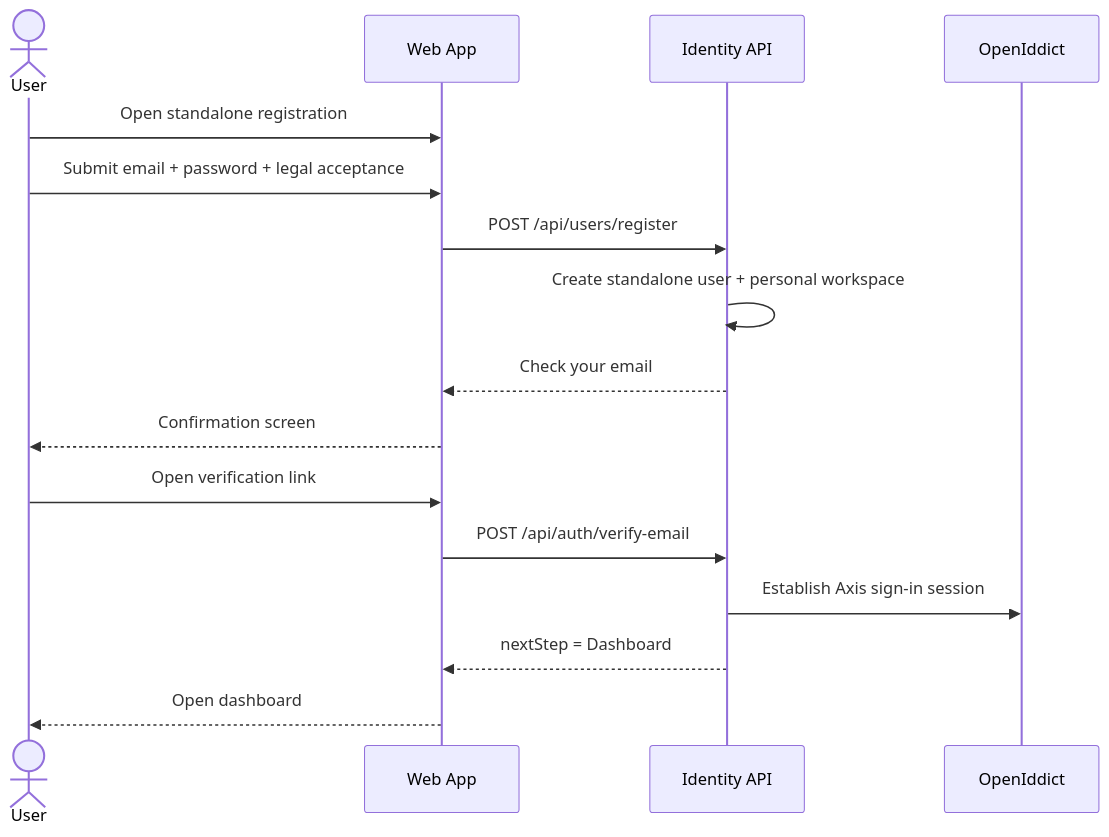
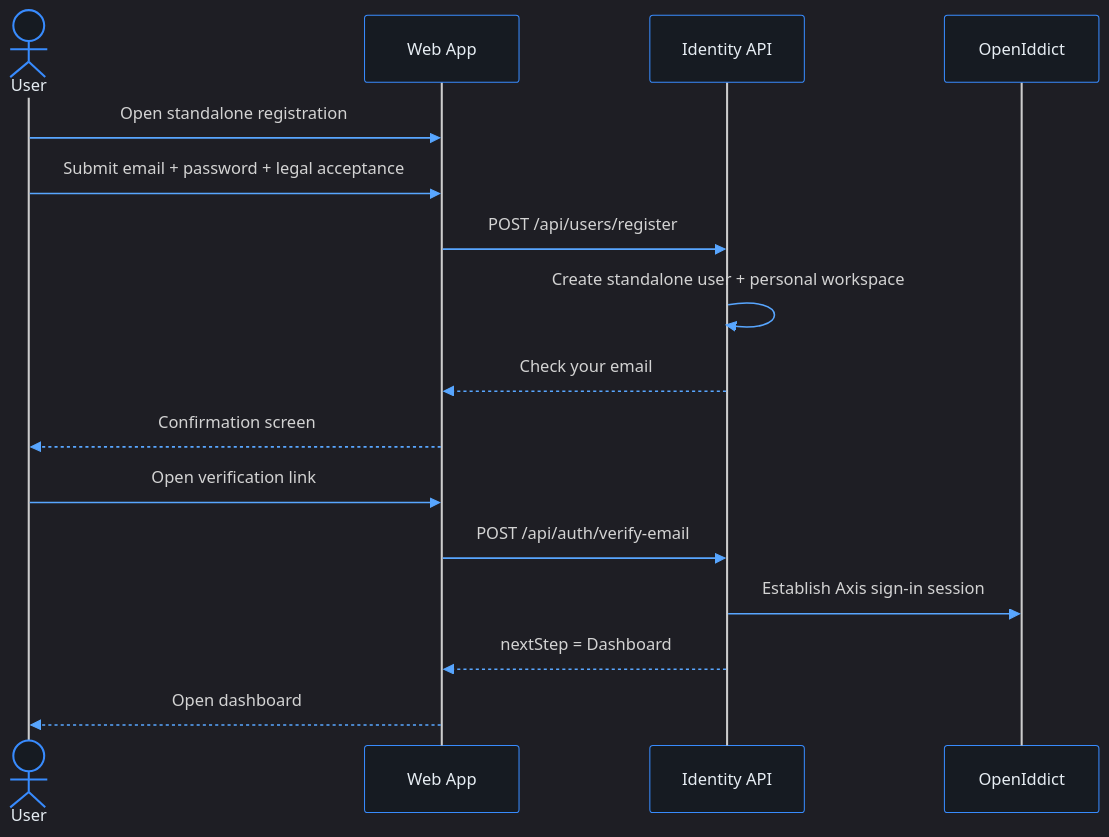
The diagram in docs/use-cases/identity-access/register-user/README.md (phuongnse/axis), drawn with Mermaid before and after one commit. The commit also changed 103 other files, not shown here.

````diff
--- a/docs/use-cases/identity-access/register-user/README.md
+++ b/docs/use-cases/identity-access/register-user/README.md
@@ -83,19 +83,20 @@
 ```mermaid
+%%{init: {'theme':'dark','themeVariables':{'background':'#0d1117','mainBkg':'#0d1117','primaryColor':'#161b22','primaryBorderColor':'#388bfd','primaryTextColor':'#e6edf3','secondaryColor':'#21262d','secondaryBorderColor':'#388bfd','secondaryTextColor':'#e6edf3','tertiaryColor':'#161b22','tertiaryTextColor':'#e6edf3','lineColor':'#58a6ff','textColor':'#e6edf3','nodeBorder':'#388bfd','clusterBkg':'#161b22','clusterBorder':'#388bfd','titleColor':'#e6edf3','edgeLabelBackground':'#161b22','actorBkg':'#161b22','actorBorder':'#388bfd','actorTextColor':'#e6edf3','signalColor':'#58a6ff','labelBoxBkgColor':'#161b22','labelBoxBorderColor':'#388bfd','noteBkgColor':'#161b22','noteBorderColor':'#388bfd','noteTextColor':'#c9d1d9','activationBkgColor':'#30363d'}}}%%
 sequenceDiagram
   actor User
   participant Web as Web App
   participant API as Identity API
   participant OIDC as OpenIddict
 
   User->>Web: Open standalone registration
   User->>Web: Submit email + password + legal acceptance
   Web->>API: POST /api/users/register
   API->>API: Create standalone user + personal workspace
   API-->>Web: Check your email
   Web-->>User: Confirmation screen
   User->>Web: Open verification link
   Web->>API: POST /api/auth/verify-email
   API->>OIDC: Establish Axis sign-in session
   API-->>Web: nextStep = Dashboard
   Web-->>User: Open dashboard
 ```
````
